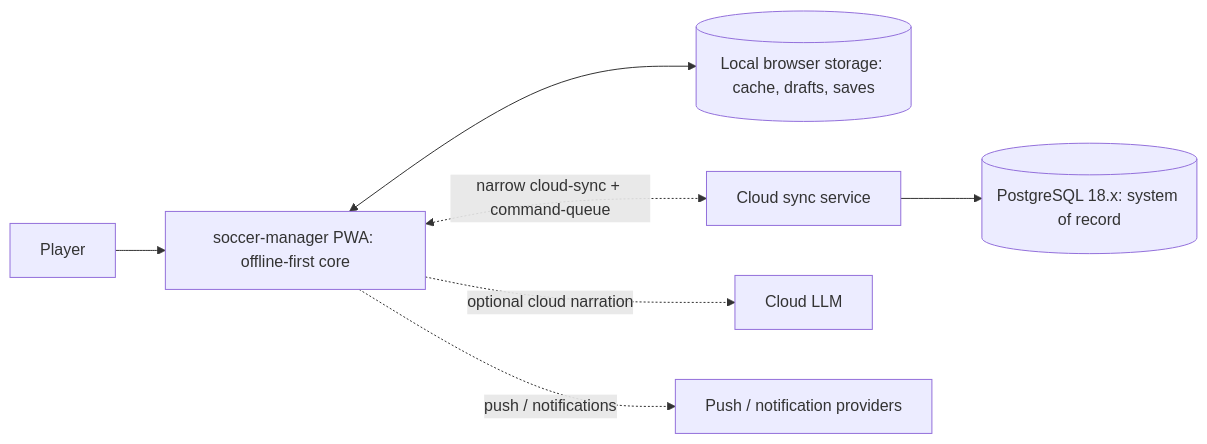
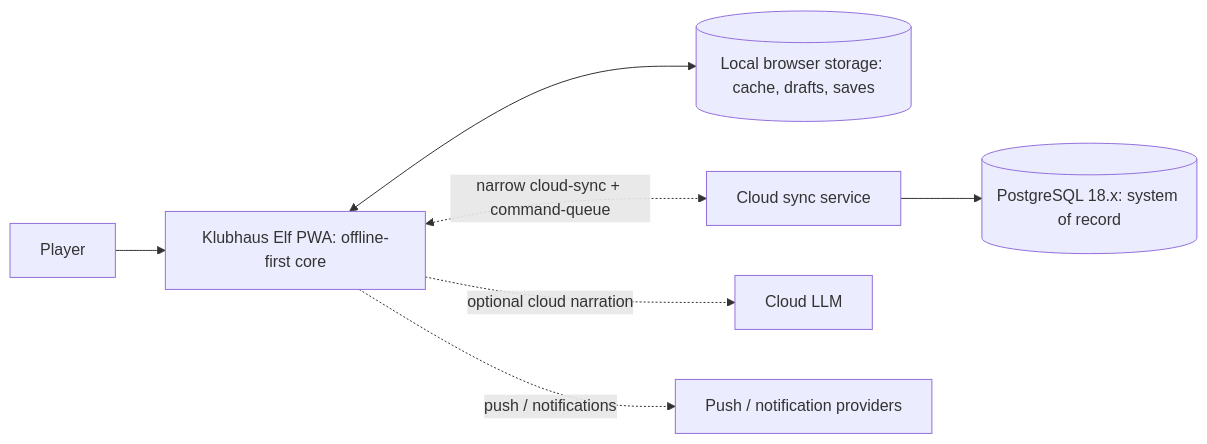
Before and after one commit to EtroxTaran/klubhaus-elf: the diagram in docs/10-Architecture/03-Context.md, drawn with Mermaid. The commit also changed other lines of this file and 59 other files, not shown here.

First line of the commit message:
[FMX-105] rebrand: soccer-manager / football-manager-x -> Klubhaus Elf (#160)

````diff
--- a/docs/10-Architecture/03-Context.md
+++ b/docs/10-Architecture/03-Context.md
@@ -17,9 +17,9 @@
 ```mermaid
 flowchart LR
-  Player[Player] --> PWA[soccer-manager PWA: offline-first core]
+  Player[Player] --> PWA[Klubhaus Elf PWA: offline-first core]
   PWA <--> Local[(Local browser storage: cache, drafts, saves)]
   PWA <-. narrow cloud-sync + command-queue .-> Sync[Cloud sync service]
   PWA -. optional cloud narration .-> LLM[Cloud LLM]
   PWA -. push / notifications .-> Notify[Push / notification providers]
   Sync --> Postgres[(PostgreSQL 18.x: system of record)]
 ```
````
